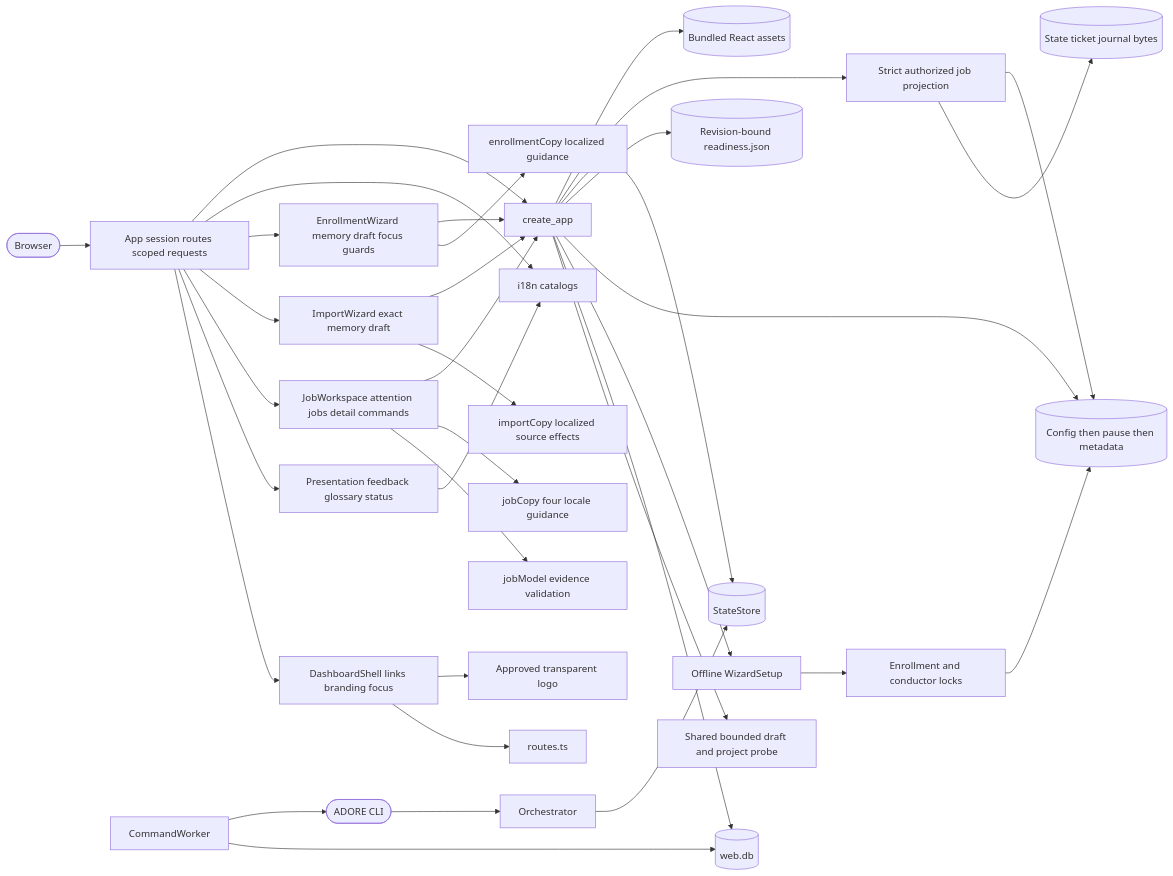
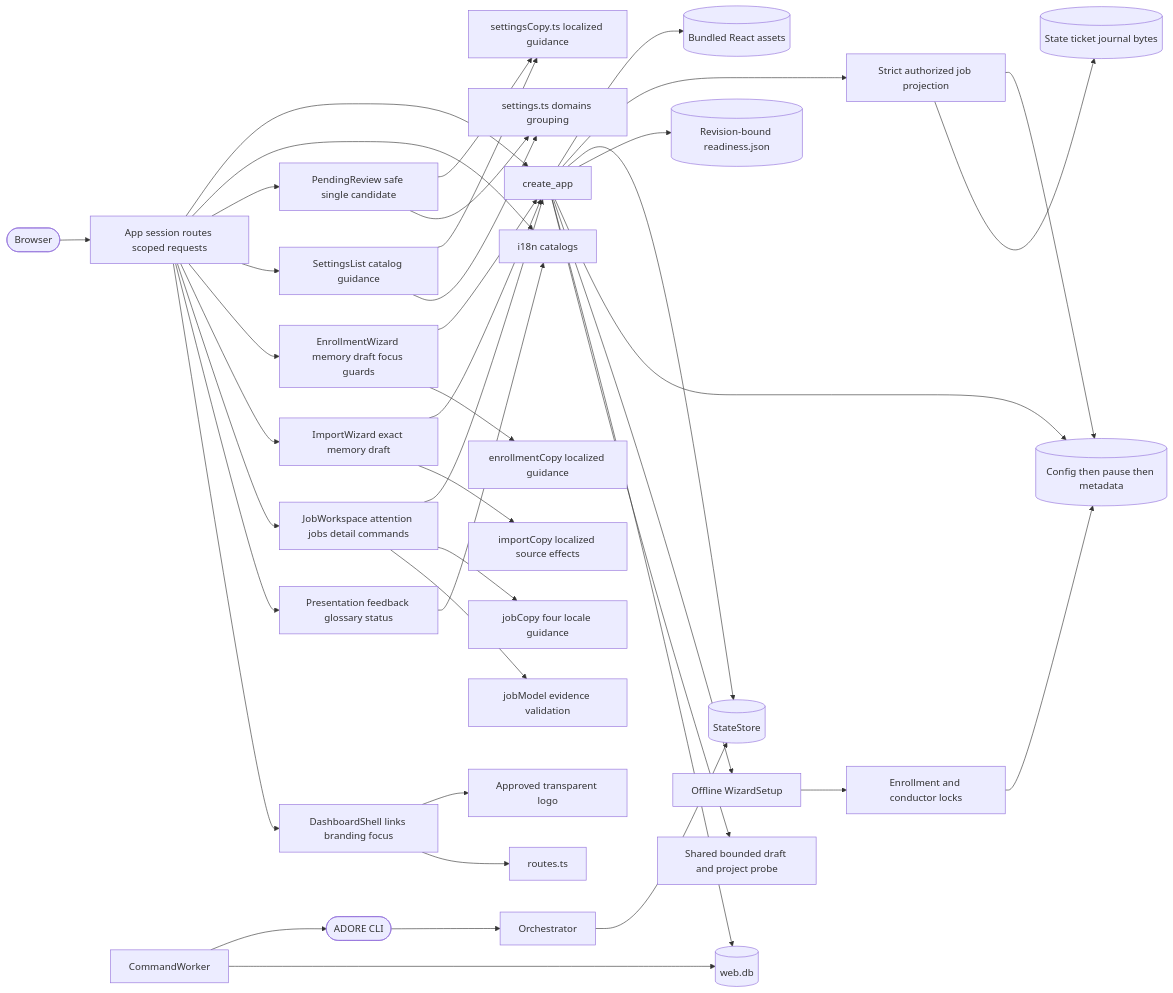
Before and after one commit to DDP-Engineering/AgenticDeliveryOrchestratorRuntimeEngine: the diagram in .agentic/knowledge/web-interface.md, drawn with Mermaid. The commit also changed other lines of this file and 40 other files, not shown here.

First line of the commit message:
feat(web): organize settings and review exact candidates (#13)

````diff
--- a/.agentic/knowledge/web-interface.md
+++ b/.agentic/knowledge/web-interface.md
@@ -338,37 +344,43 @@
 ```mermaid
 flowchart LR
     browser([Browser]) --> App[App session routes scoped requests]
     App --> DashboardShell[DashboardShell links branding focus]
     App --> Presentation[Presentation feedback glossary status]
     App --> JobWorkspace[JobWorkspace attention jobs detail commands]
     JobWorkspace --> jobModel[jobModel evidence validation]
     JobWorkspace --> jobCopy[jobCopy four locale guidance]
     JobWorkspace --> api
     App --> ImportWizard[ImportWizard exact memory draft]
     ImportWizard --> importCopy[importCopy localized source effects]
     ImportWizard --> api
     App --> EnrollmentWizard[EnrollmentWizard memory draft focus guards]
     EnrollmentWizard --> enrollmentCopy[enrollmentCopy localized guidance]
     EnrollmentWizard --> api
     api --> draftProbe[Shared bounded draft and project probe]
     DashboardShell --> routes[routes.ts]
     DashboardShell --> logo[Approved transparent logo]
+    App --> SettingsList[SettingsList catalog guidance]
+    App --> PendingReview[PendingReview safe single candidate]
+    SettingsList --> settings[settings.ts domains grouping]
+    PendingReview --> settings
+    SettingsList --> settingsCopy[settingsCopy.ts localized guidance]
+    PendingReview --> settingsCopy
     App --> i18n[i18n catalogs]
     Presentation --> i18n
     App --> api[create_app]
     api --> identity[(web.db)]
     api --> preparation[Offline WizardSetup]
     preparation --> publication[Enrollment and conductor locks]
     publication --> profiles[(Config then pause then metadata)]
     api --> profiles
     api --> verification[(Revision-bound readiness.json)]
     api --> state[(StateStore)]
     api --> jobs[Strict authorized job projection]
     jobs --> sources[(State ticket journal bytes)]
     jobs --> profiles
     api --> assets[(Bundled React assets)]
     worker[CommandWorker] --> identity
     worker --> cli([ADORE CLI])
     cli --> conductor[Orchestrator]
     conductor --> state
 ```
````
